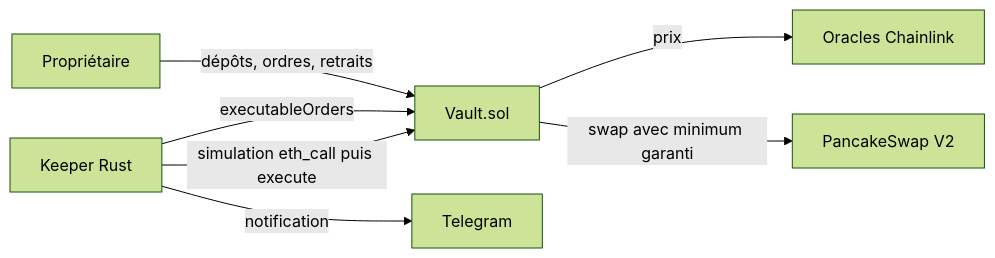
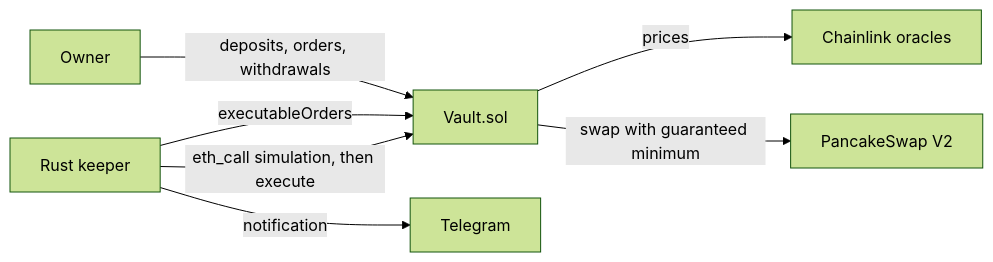
Before and after one commit to adlanehzx/bastion: the diagram in README.md, drawn with Mermaid (forest theme). The commit also changed other lines of this file, not shown here.

````diff
--- a/README.md
+++ b/README.md
@@ -39,9 +39,9 @@
 ```mermaid
 flowchart LR
-    O[Propriétaire] -->|dépôts, ordres, retraits| V[Vault.sol]
-    K[Keeper Rust] -->|executableOrders| V
-    K -->|simulation eth_call puis execute| V
-    V -->|prix| C[Oracles Chainlink]
-    V -->|swap avec minimum garanti| P[PancakeSwap V2]
+    O[Owner] -->|deposits, orders, withdrawals| V[Vault.sol]
+    K[Rust keeper] -->|executableOrders| V
+    K -->|eth_call simulation, then execute| V
+    V -->|prices| C[Chainlink oracles]
+    V -->|swap with guaranteed minimum| P[PancakeSwap V2]
     K -->|notification| T[Telegram]
 ```
````
